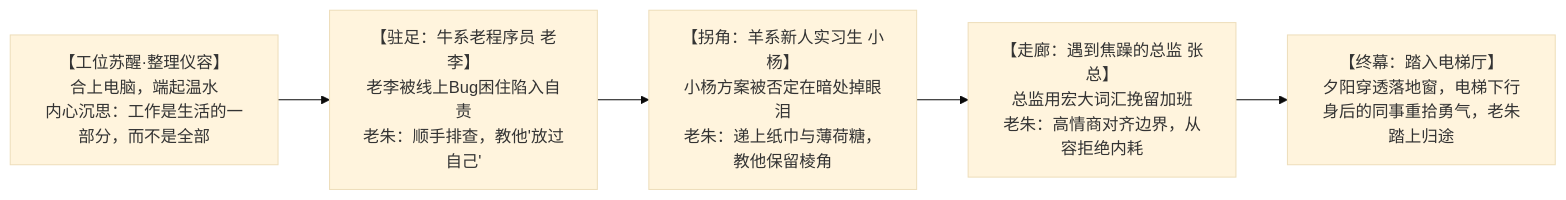
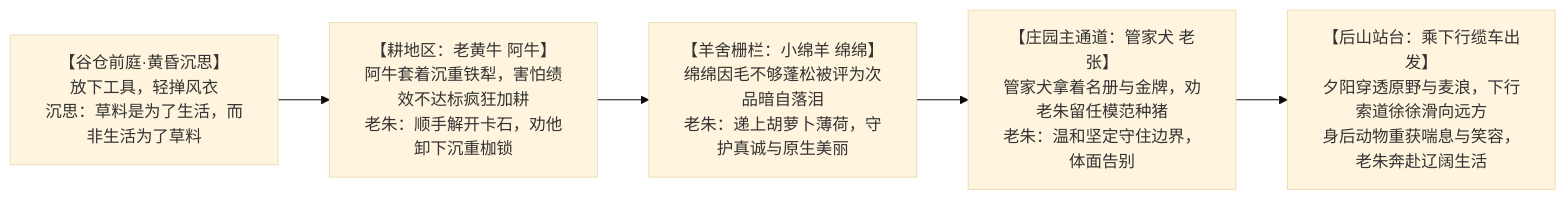
Before and after one commit to chenzhaoxuan0/piggame: the diagram in docs/PIG_STORY_LINE_FULL.md, drawn with Mermaid (base theme). The commit also changed other lines of this file and 6 other files, not shown here.

````diff
--- a/docs/PIG_STORY_LINE_FULL.md
+++ b/docs/PIG_STORY_LINE_FULL.md
@@ -34,8 +35,8 @@
 ```mermaid
 flowchart LR
-    A["【工位苏醒·整理仪容】<br/>合上电脑，端起温水<br/>内心沉思：工作是生活的一部分，而不是全部"] 
-    --> B["【驻足：牛系老程序员 老李】<br/>老李被线上Bug困住陷入自责<br/>老朱：顺手排查，教他'放过自己'"]
-    --> C["【拐角：羊系新人实习生 小杨】<br/>小杨方案被否定在暗处掉眼泪<br/>老朱：递上纸巾与薄荷糖，教他保留棱角"]
-    --> D["【走廊：遇到焦躁的总监 张总】<br/>总监用宏大词汇挽留加班<br/>老朱：高情商对齐边界，从容拒绝内耗"]
-    --> E["【终幕：踏入电梯厅】<br/>夕阳穿透落地窗，电梯下行<br/>身后的同事重拾勇气，老朱踏上归途"]
+    A["【谷仓前庭·黄昏沉思】<br/>放下工具，轻掸风衣<br/>沉思：草料是为了生活，而非生活为了草料"] 
+    --> B["【耕地区：老黄牛 阿牛】<br/>阿牛套着沉重铁犁，害怕绩效不达标疯狂加耕<br/>老朱：顺手解开卡石，劝他卸下沉重枷锁"]
+    --> C["【羊舍栅栏：小绵羊 绵绵】<br/>绵绵因毛不够蓬松被评为次品暗自落泪<br/>老朱：递上胡萝卜薄荷，守护真诚与原生美丽"]
+    --> D["【庄园主通道：管家犬 老张】<br/>管家犬拿着名册与金牌，劝老朱留任模范种猪<br/>老朱：温和坚定守住边界，体面告别"]
+    --> E["【后山站台：乘下行缆车出发】<br/>夕阳穿透原野与麦浪，下行索道徐徐滑向远方<br/>身后动物重获喘息与笑容，老朱奔赴辽阔生活"]
 ```
````
